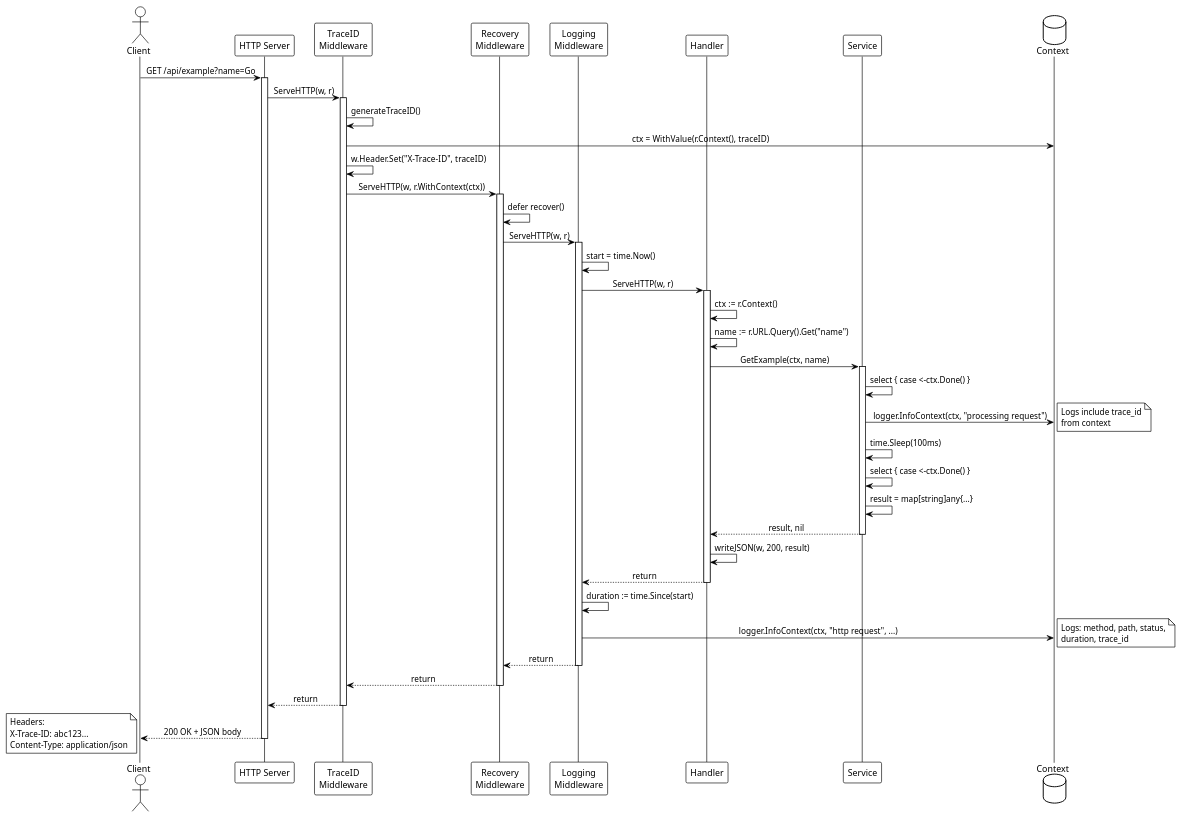
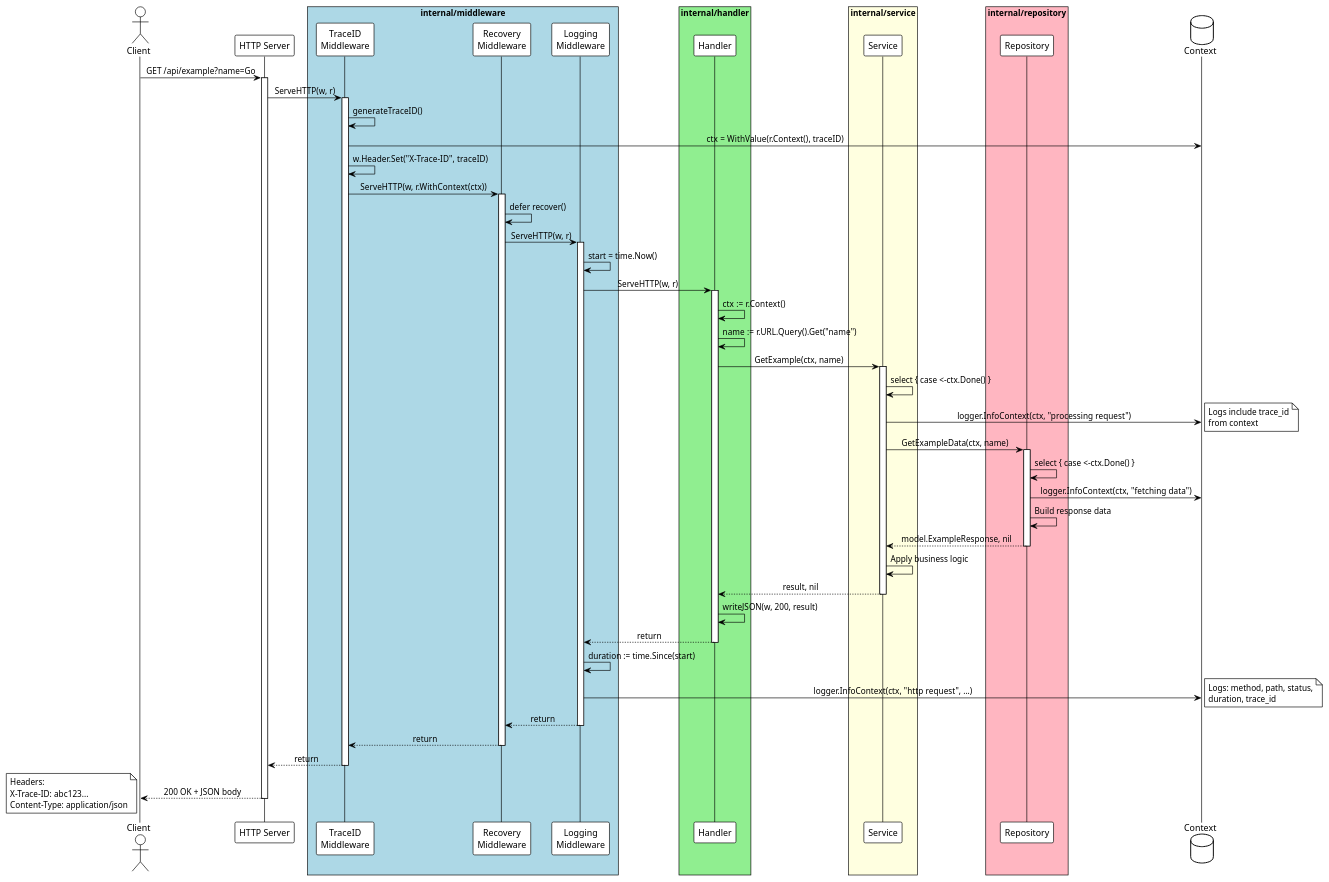
One commit to ahxar/go-backend-service changed the diagram in docs/request-lifecycle.puml. Above: the diagram before and after it, drawn with PlantUML. The commit also changed 13 other files, not shown here.

```diff
--- a/docs/request-lifecycle.puml
+++ b/docs/request-lifecycle.puml
@@ -1,79 +1,94 @@
 @startuml Request Lifecycle
 !theme plain
 skinparam sequenceMessageAlign center
 skinparam responseMessageBelowArrow true
 
 actor Client
 participant "HTTP Server" as Server
+box "internal/middleware" #LightBlue
 participant "TraceID\nMiddleware" as TraceID
 participant "Recovery\nMiddleware" as Recovery
 participant "Logging\nMiddleware" as Logging
+end box
+box "internal/handler" #LightGreen
 participant "Handler" as Handler
+end box
+box "internal/service" #LightYellow
 participant "Service" as Service
+end box
+box "internal/repository" #LightPink
+participant "Repository" as Repository
+end box
 database "Context" as Context
 
 Client -> Server: GET /api/example?name=Go
 activate Server
 
 Server -> TraceID: ServeHTTP(w, r)
 activate TraceID
 TraceID -> TraceID: generateTraceID()
 TraceID -> Context: ctx = WithValue(r.Context(), traceID)
 TraceID -> TraceID: w.Header.Set("X-Trace-ID", traceID)
 
 TraceID -> Recovery: ServeHTTP(w, r.WithContext(ctx))
 activate Recovery
 Recovery -> Recovery: defer recover()
 
 Recovery -> Logging: ServeHTTP(w, r)
 activate Logging
 Logging -> Logging: start = time.Now()
 
 Logging -> Handler: ServeHTTP(w, r)
 activate Handler
 Handler -> Handler: ctx := r.Context()
 Handler -> Handler: name := r.URL.Query().Get("name")
 
 Handler -> Service: GetExample(ctx, name)
 activate Service
 Service -> Service: select { case <-ctx.Done() }
 Service -> Context: logger.InfoContext(ctx, "processing request")
 note right
   Logs include trace_id
   from context
 end note
 
-Service -> Service: time.Sleep(100ms)
-Service -> Service: select { case <-ctx.Done() }
-Service -> Service: result = map[string]any{...}
+Service -> Repository: GetExampleData(ctx, name)
+activate Repository
+Repository -> Repository: select { case <-ctx.Done() }
+Repository -> Context: logger.InfoContext(ctx, "fetching data")
+Repository -> Repository: Build response data
+Repository --> Service: model.ExampleResponse, nil
+deactivate Repository
+
+Service -> Service: Apply business logic
 Service --> Handler: result, nil
 deactivate Service
 
 Handler -> Handler: writeJSON(w, 200, result)
 Handler --> Logging: return
 deactivate Handler
 
 Logging -> Logging: duration := time.Since(start)
 Logging -> Context: logger.InfoContext(ctx, "http request", ...)
 note right
   Logs: method, path, status,
   duration, trace_id
 end note
 Logging --> Recovery: return
 deactivate Logging
 
 Recovery --> TraceID: return
 deactivate Recovery
 
 TraceID --> Server: return
 deactivate TraceID
 
 Server --> Client: 200 OK + JSON body
 note left
   Headers:
   X-Trace-ID: abc123...
   Content-Type: application/json
 end note
 deactivate Server
 
 @enduml
```
